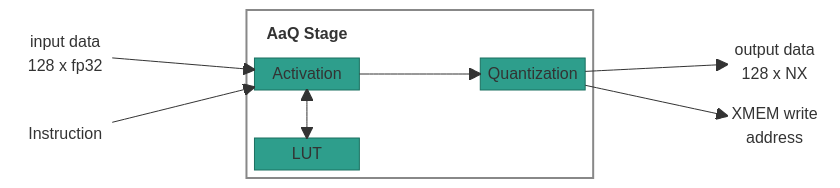
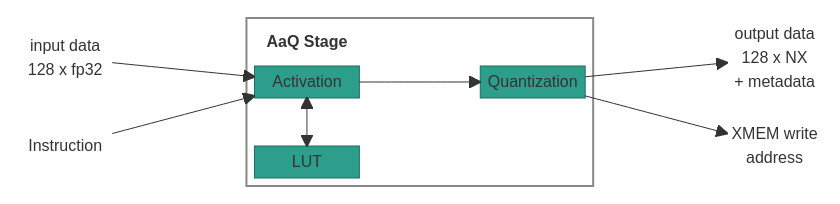
One commit to rechefe/ipu-emulator changed the diagram in docs/content/specs/ARCH-stage-aaq-str.md. Above: the diagram before and after it, drawn with Mermaid. The commit also changed other lines of this file, not shown here.

Commit message:
Update ARCH-stage-aaq-str.md: clarify output data description and enhance metadata details

````diff
--- a/docs/content/specs/ARCH-stage-aaq-str.md
+++ b/docs/content/specs/ARCH-stage-aaq-str.md
@@ -41,38 +41,38 @@
 ```mermaid
 block-beta
     columns 7
     block:INS:1
         columns 1
         ACC_OUT["input data<br>128 x fp32"]
         INSTR["Instruction"]
     end
     space
     block:STAGE:3
         columns 3
         TITLE["AaQ Stage"] space:2
         ACT["Activation"] space QUANT["Quantization"]
         space:3
         LUT["LUT"] space:2
     end
     space
     block:OUTS:1
         columns 1
-        NX_OUT["output data<br>128 x NX"]
+        NX_OUT["output data<br>128 x NX<br>+ metadata"]
         XMEM_ADDR["XMEM write<br>address"]
     end
 
     ACC_OUT --> ACT
     INSTR --> ACT
     ACT --> QUANT
     ACT <--> LUT
     QUANT --> NX_OUT
     QUANT --> XMEM_ADDR
 
     classDef io fill:none,stroke:none
     classDef blk fill:#2e9e8c,stroke:#1a7060,color:#fff
     classDef title fill:none,stroke:none,font-weight:bold
     class ACC_OUT,INSTR,NX_OUT,XMEM_ADDR,INS,OUTS io
     class ACT,QUANT,LUT blk
     class TITLE title
     style STAGE fill:none,stroke:#888,stroke-width:2px
 ```
````
